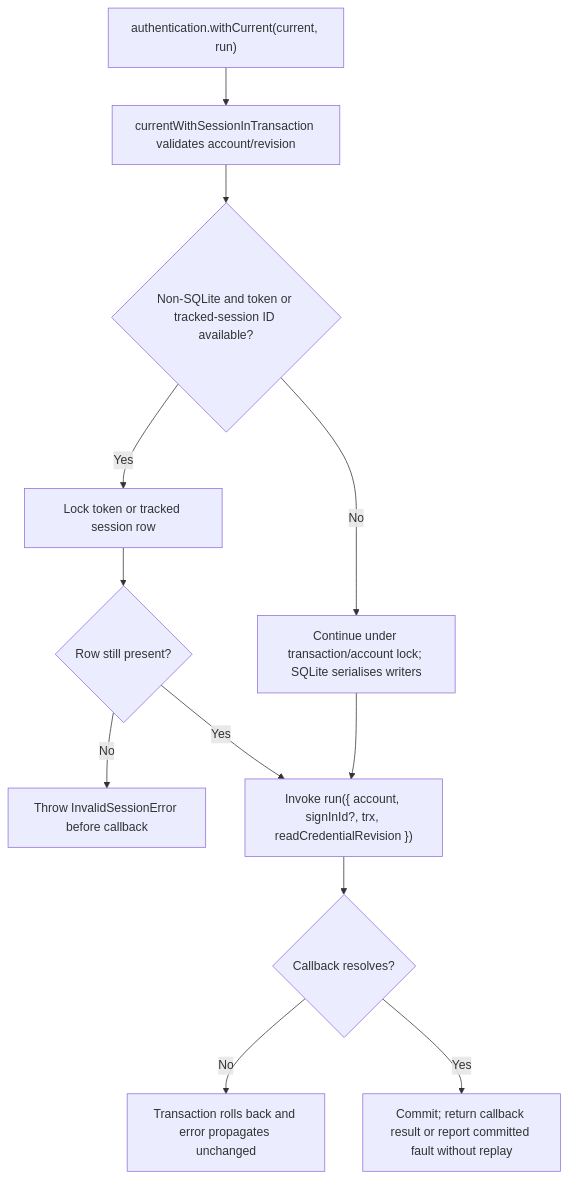
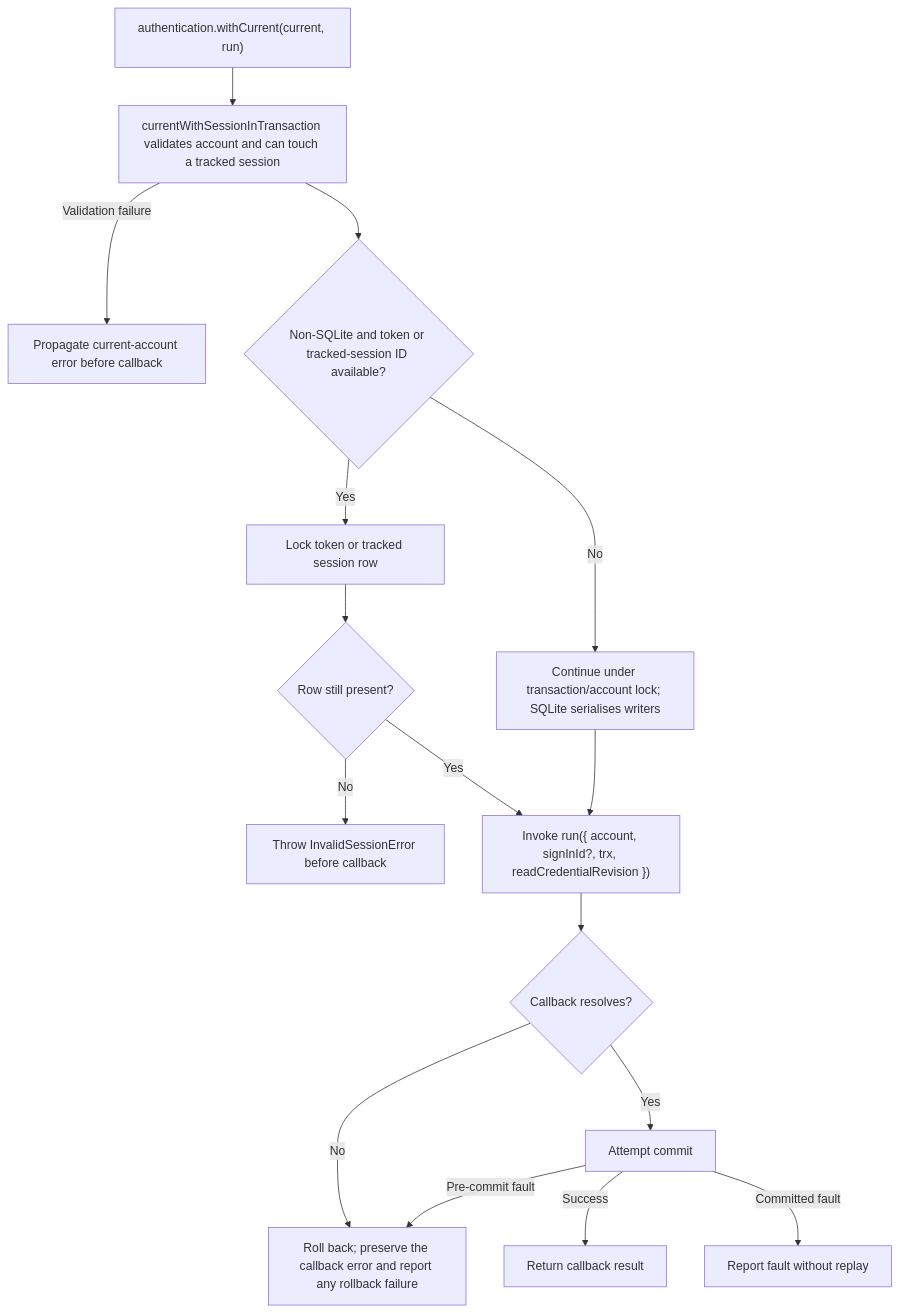
One commit to Kevinjohn/oss-adonisjs-account-kit changed the second of 2 diagrams in user-stories/US-ACCOUNT-41-guard-host-write-with-current.md. Above: the diagram before and after it, drawn with Mermaid. The commit also changed other lines of this file and 70 other files, not shown here.

````diff
--- a/user-stories/US-ACCOUNT-41-guard-host-write-with-current.md
+++ b/user-stories/US-ACCOUNT-41-guard-host-write-with-current.md
@@ -35,14 +36,18 @@
 ```mermaid
 flowchart TD
- A["authentication.withCurrent(current, run)"] --> B["currentWithSessionInTransaction validates account/revision"]
+ A["authentication.withCurrent(current, run)"] --> B["currentWithSessionInTransaction validates account and can touch a tracked session"]
+ B -->|Validation failure| V0["Propagate current-account error before callback"]
  B --> C{"Non-SQLite and token or tracked-session ID available?"}
  C -->|Yes| D["Lock token or tracked session row"]
  D --> V{"Row still present?"}
  V -->|No| X["Throw InvalidSessionError before callback"]
  C -->|No| E["Continue under transaction/account lock; SQLite serialises writers"]
  V -->|Yes| F["Invoke run({ account, signInId?, trx, readCredentialRevision })"]
  E --> F
  F --> G{"Callback resolves?"}
- G -->|No| H["Transaction rolls back and error propagates unchanged"]
- G -->|Yes| I["Commit; return callback result or report committed fault without replay"]
+ G -->|No| H["Roll back; preserve the callback error and report any rollback failure"]
+ G -->|Yes| I["Attempt commit"]
+ I -->|Success| U["Return callback result"]
+ I -->|Pre-commit fault| H
+ I -->|Committed fault| J["Report fault without replay"]
 ```
````
